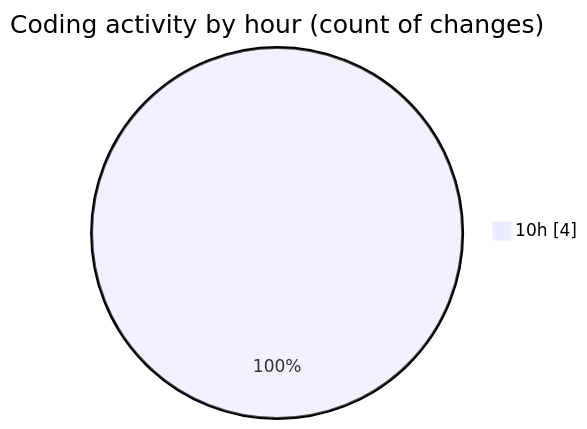
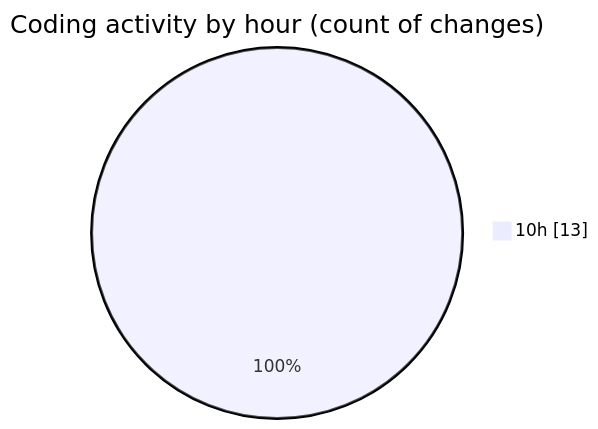
One commit to igalym/code-tracking changed the second of 2 diagrams in 2026-01-06/budget_front_nest/README.md. Above: the diagram before and after it, drawn with Mermaid. The commit also changed other lines of this file and 1 other file, not shown here.

````diff
--- a/2026-01-06/budget_front_nest/README.md
+++ b/2026-01-06/budget_front_nest/README.md
@@ -28,5 +34,5 @@
 ```mermaid
 pie showData
 title Coding activity by hour (count of changes)
-"10h" : 4
+"10h" : 13
 ```
````
